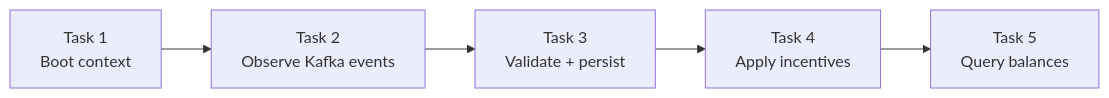
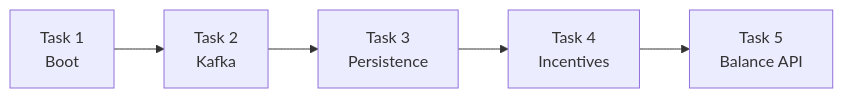
Before and after one commit to SidheshwarSarangal/forage-midas: the first of 4 diagrams in docs/testing-and-runbook.md, drawn with Mermaid. The commit also changed other lines of this file and 4 other files, not shown here.

````diff
--- a/docs/testing-and-runbook.md
+++ b/docs/testing-and-runbook.md
@@ -7,7 +7,7 @@
 ```mermaid
 flowchart LR
-    T1[Task 1<br/>Boot context] --> T2[Task 2<br/>Observe Kafka events]
-    T2 --> T3[Task 3<br/>Validate + persist]
-    T3 --> T4[Task 4<br/>Apply incentives]
-    T4 --> T5[Task 5<br/>Query balances]
+    T1[Task 1<br/>Boot] --> T2[Task 2<br/>Kafka]
+    T2 --> T3[Task 3<br/>Persistence]
+    T3 --> T4[Task 4<br/>Incentives]
+    T4 --> T5[Task 5<br/>Balance API]
 ```
````
